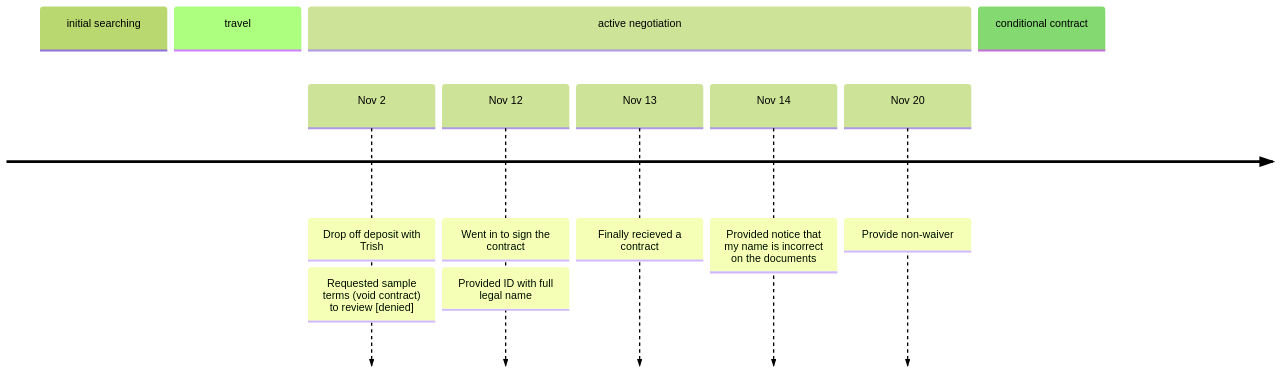
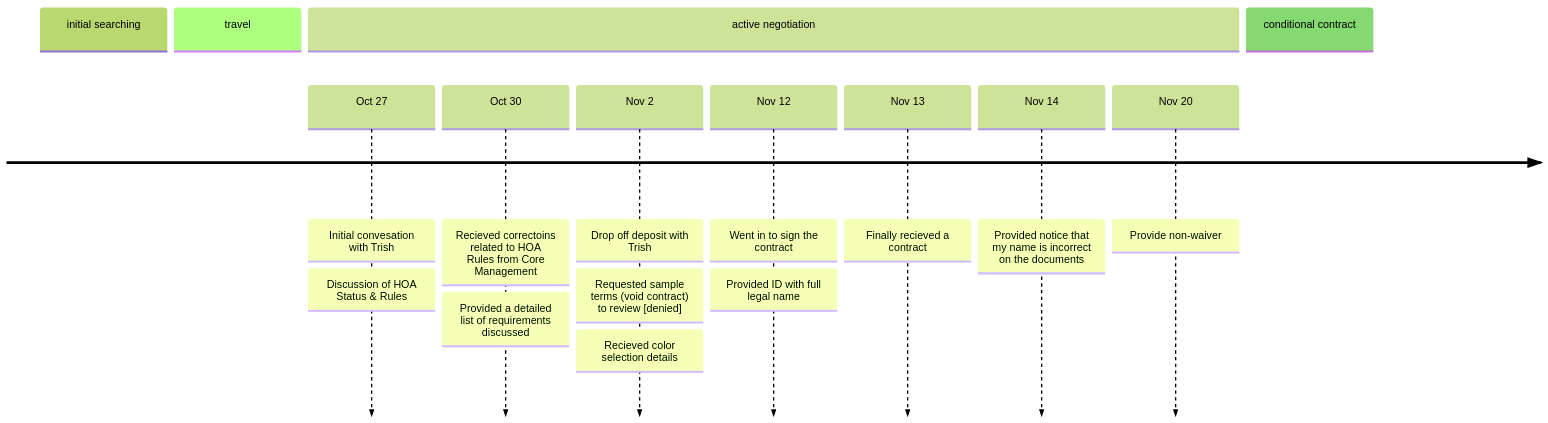
One commit to sparksis/lanark.house changed the diagram in _uploads/timeline.mermaid. Above: the diagram before and after it, drawn with Mermaid (forest theme).

Commit message:
More details

```diff
--- a/_uploads/timeline.mermaid
+++ b/_uploads/timeline.mermaid
@@ -1,12 +1,17 @@
 timeline
     section initial searching
     section travel
     section active negotiation
-        Nov 2: Drop off deposit with Trish
-             : Requested sample terms (void contract) to review [denied]
-        Nov 12: Went in to sign the contract
-              : Provided ID with full legal name
-        Nov 13: Finally recieved a contract
-        Nov 14: Provided notice that my name is incorrect on the documents
-        Nov 20: Provide non-waiver
+        Oct 27  : Initial convesation with Trish
+                : Discussion of HOA Status & Rules
+        Oct 30  : Recieved correctoins related to HOA Rules from Core Management
+                : Provided a detailed list of requirements discussed
+        Nov 2   : Drop off deposit with Trish
+                : Requested sample terms (void contract) to review [denied]
+                : Recieved color selection details
+        Nov 12  : Went in to sign the contract
+                : Provided ID with full legal name
+        Nov 13  : Finally recieved a contract
+        Nov 14  : Provided notice that my name is incorrect on the documents
+        Nov 20  : Provide non-waiver
     section conditional contract
```
